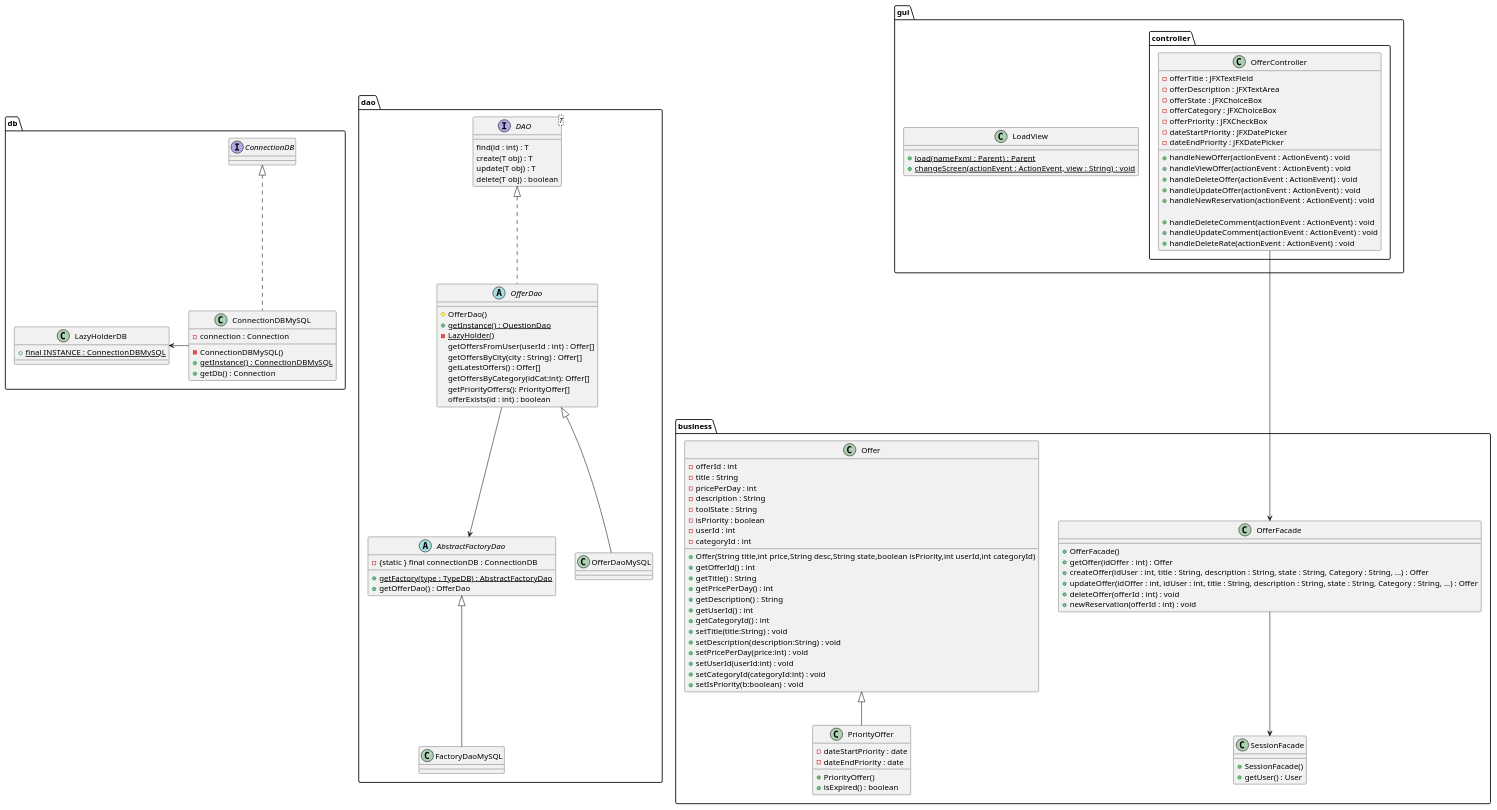
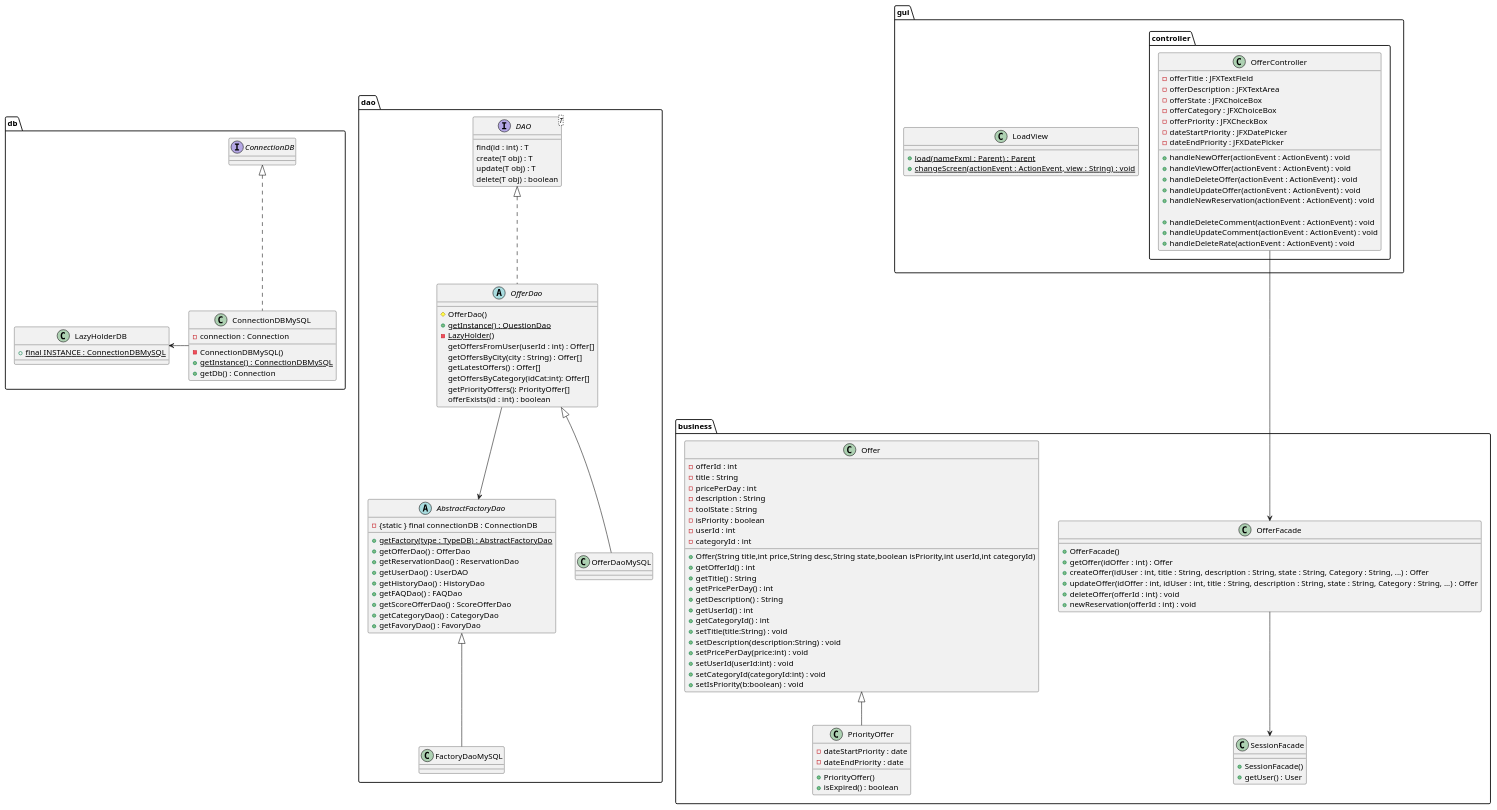
One commit to LaunoisRemy/ToolShare changed the diagram in documents/diagram/offer/offerClass.puml. Above: the diagram before and after it, drawn with PlantUML. The commit also changed 1 other file, not shown here.

Commit message:
UPDATE : add all daos in offer class diagram

```diff
--- a/documents/diagram/offer/offerClass.puml
+++ b/documents/diagram/offer/offerClass.puml
@@ -1,143 +1,150 @@
 @startuml
 
 package dao {
 
 
     abstract OfferDao{
         # OfferDao()
         + {static} getInstance() : QuestionDao
         - {static} LazyHolder()
         getOffersFromUser(userId : int) : Offer[]
         getOffersByCity(city : String) : Offer[]
         getLatestOffers() : Offer[]
         getOffersByCategory(idCat:int): Offer[]
         getPriorityOffers(): PriorityOffer[]
         offerExists(id : int) : boolean
     }
     class OfferDaoMySQL
     FactoryDaoMySQL -up-|> AbstractFactoryDao
     OfferDaoMySQL -up-|> OfferDao
 
 
     interface DAO<T>{
         find(id : int) : T
         create(T obj) : T
         update(T obj) : T
         delete(T obj) : boolean
     }
 
     abstract AbstractFactoryDao{
         - {static } final connectionDB : ConnectionDB
         + {static} getFactory(type : TypeDB) : AbstractFactoryDao
         + getOfferDao() : OfferDao
+        + getReservationDao() : ReservationDao
+        + getUserDao() : UserDAO
+        + getHistoryDao() : HistoryDao
+        + getFAQDao() : FAQDao
+        + getScoreOfferDao() : ScoreOfferDao
+        + getCategoryDao() : CategoryDao
+        + getFavoryDao() : FavoryDao
     }
 
     class FactoryDaoMySQL{
     }
 
 
     DAO <|.. OfferDao
     OfferDao-->AbstractFactoryDao
 }
 package db{
     class ConnectionDBMySQL{
         - connection : Connection
         - ConnectionDBMySQL()
         + {static} getInstance() : ConnectionDBMySQL
         + getDb() : Connection
     }
 
     class LazyHolderDB{
         + {static} final INSTANCE : ConnectionDBMySQL
     }
     interface ConnectionDB
     ConnectionDBMySQL -Left-> LazyHolderDB
     ConnectionDBMySQL .up.|> ConnectionDB
 
 }
 package business{
     class SessionFacade{
         + SessionFacade()
         + getUser() : User
     }
 
     class Offer{
         -offerId : int
         -title : String
         -pricePerDay : int
         -description : String
         -toolState : String
         -isPriority : boolean
         -userId : int
         -categoryId : int
         + Offer(String title,int price,String desc,String state,boolean isPriority,int userId,int categoryId)
         + getOfferId() : int
         + getTitle() : String
         + getPricePerDay() : int
         + getDescription() : String
         + getUserId() : int
         + getCategoryId() : int
         + setTitle(title:String) : void
         + setDescription(description:String) : void
         + setPricePerDay(price:int) : void
         + setUserId(userId:int) : void
         + setCategoryId(categoryId:int) : void
         + setIsPriority(b:boolean) : void
     }
 
     class PriorityOffer{
         -dateStartPriority : date
         -dateEndPriority : date
         +PriorityOffer()
         +isExpired() : boolean
     }
     class OfferFacade{
         + OfferFacade()
         + getOffer(idOffer : int) : Offer
         + createOffer(idUser : int, title : String, description : String, state : String, Category : String, ...) : Offer
         + updateOffer(idOffer : int, idUser : int, title : String, description : String, state : String, Category : String, ...) : Offer
         + deleteOffer(offerId : int) : void
         + newReservation(offerId : int) : void
     }
 
         Offer <|-- PriorityOffer
 
 
 }
 
 package gui{
 
     class LoadView{
         + {static} load(nameFxml : Parent) : Parent
         + {static} changeScreen(actionEvent : ActionEvent, view : String) : void
     }
 
     package controller{
         class OfferController{
             -offerTitle : JFXTextField
             -offerDescription : JFXTextArea
             -offerState : JFXChoiceBox
             -offerCategory : JFXChoiceBox
             -offerPriority : JFXCheckBox
             -dateStartPriority : JFXDatePicker
             -dateEndPriority : JFXDatePicker
             + handleNewOffer(actionEvent : ActionEvent) : void
             + handleViewOffer(actionEvent : ActionEvent) : void
             + handleDeleteOffer(actionEvent : ActionEvent) : void
             + handleUpdateOffer(actionEvent : ActionEvent) : void
             + handleNewReservation(actionEvent : ActionEvent) : void
 
             + handleDeleteComment(actionEvent : ActionEvent) : void
             + handleUpdateComment(actionEvent : ActionEvent) : void
             + handleDeleteRate(actionEvent : ActionEvent) : void
 
         }
 
     }
 }
 OfferFacade <--Up- OfferController
 SessionFacade <-Up- OfferFacade
 
 
 
 @enduml
```
